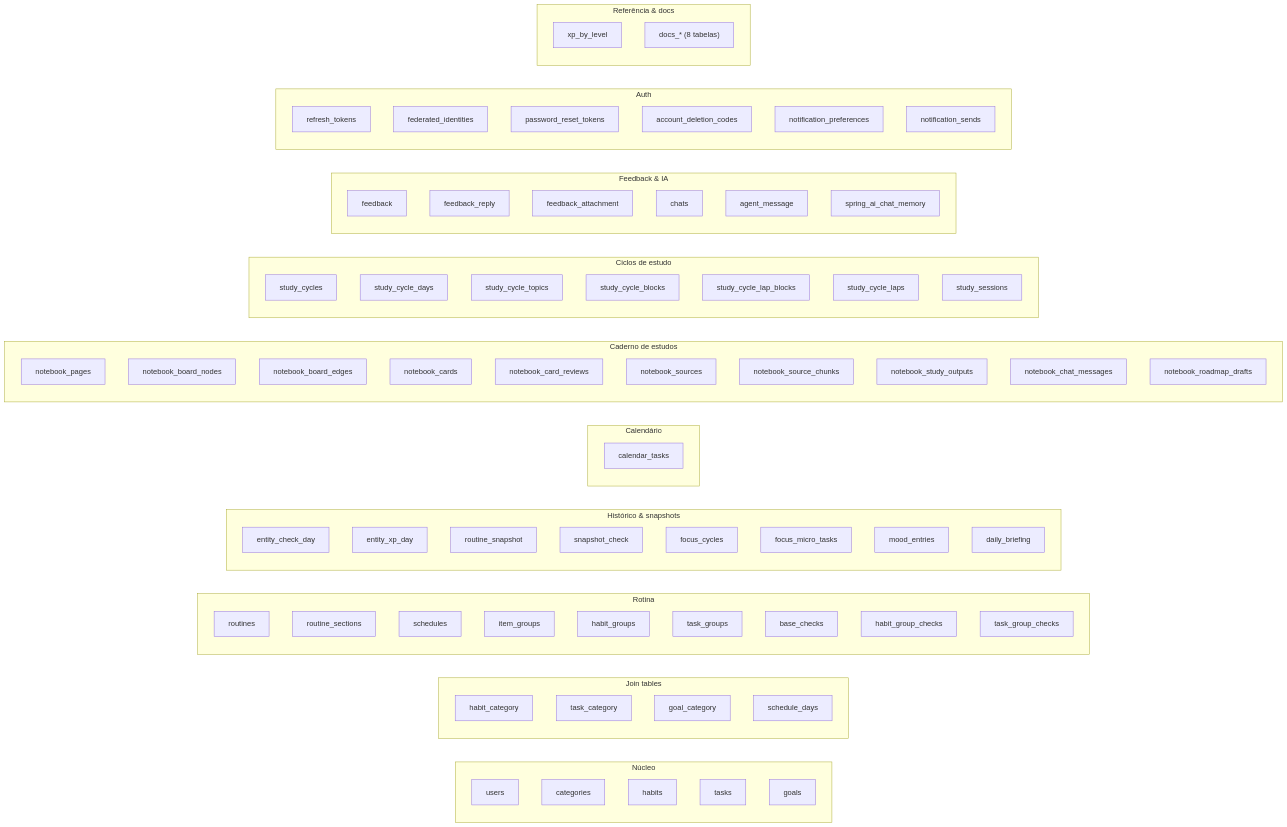
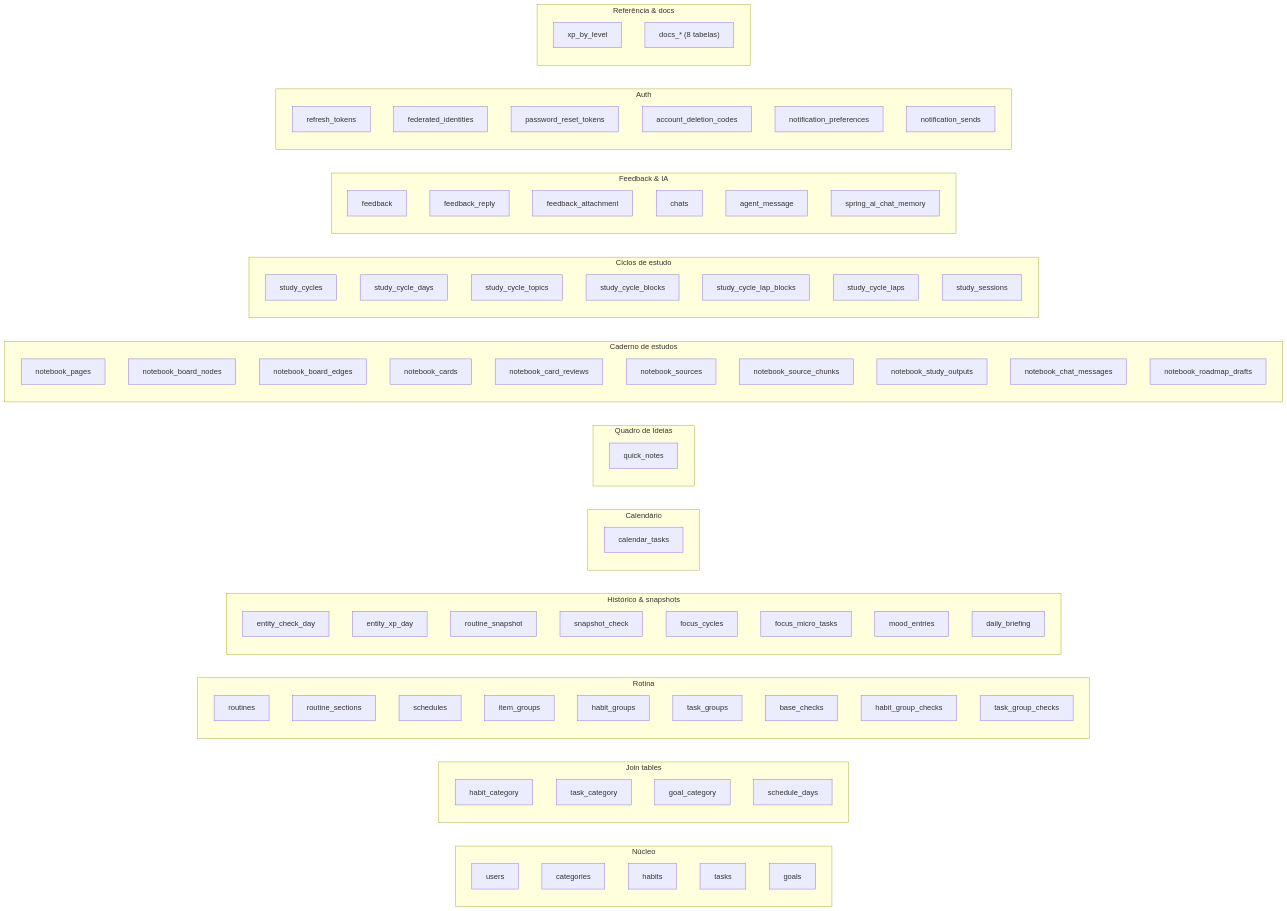
One commit to AndDev741/Beyou-arch-design changed the fifth of 5 diagrams in architecture/domain-model/pt.md. Above: the diagram before and after it, drawn with Mermaid. The commit also changed other lines of this file and 31 other files, not shown here.

```diff
--- a/architecture/domain-model/pt.md
+++ b/architecture/domain-model/pt.md
@@ -648,6 +674,10 @@
 
   subgraph calendar["Calendário"]
     calendar_tasks
+  end
+
+  subgraph ideas["Quadro de Ideias"]
+    quick_notes
   end
 
   subgraph notebook["Caderno de estudos"]
```
